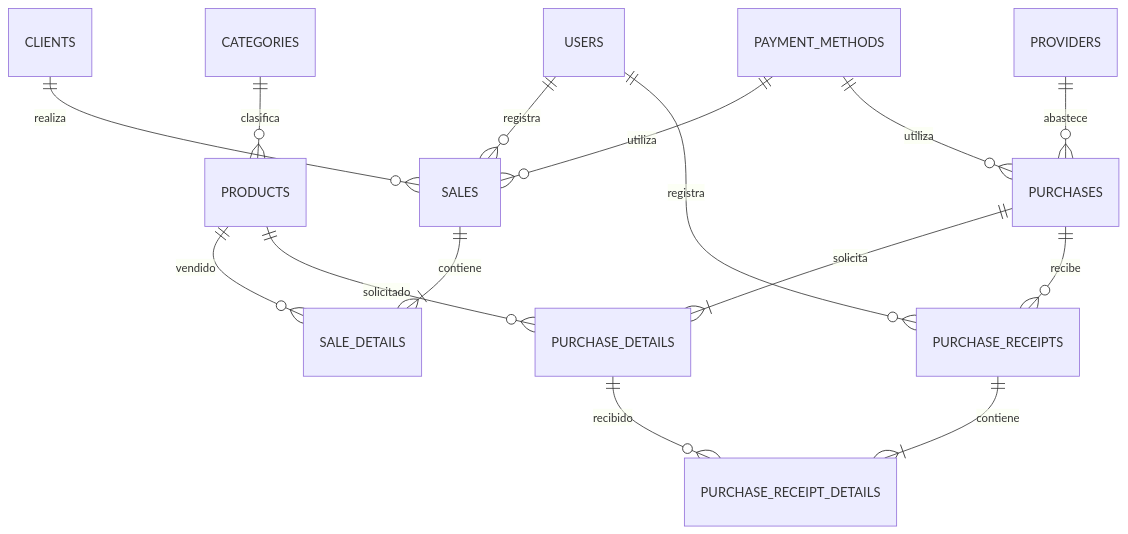
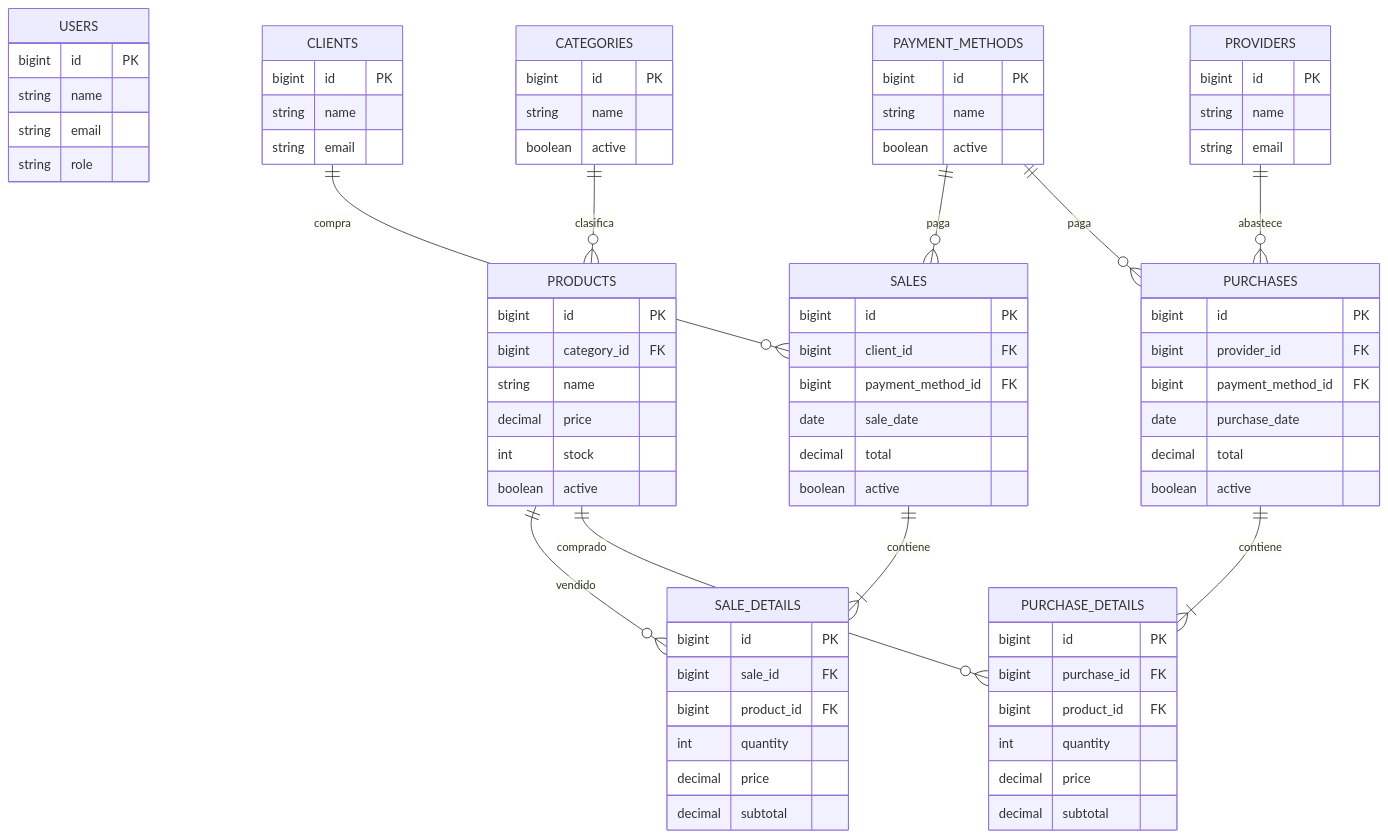
One commit to monialeja1011/Software-de-Gestion-Empresarial-2026 changed the second of 2 diagrams in README.md. Above: the diagram before and after it, drawn with Mermaid. The commit also changed other lines of this file, not shown here.

````diff
--- a/README.md
+++ b/README.md
@@ -253,19 +303,78 @@
 ```mermaid
 erDiagram
+    USERS {
+        bigint id PK
+        string name
+        string email
+        string role
+    }
+    CATEGORIES {
+        bigint id PK
+        string name
+        boolean active
+    }
+    PRODUCTS {
+        bigint id PK
+        bigint category_id FK
+        string name
+        decimal price
+        int stock
+        boolean active
+    }
+    CLIENTS {
+        bigint id PK
+        string name
+        string email
+    }
+    PROVIDERS {
+        bigint id PK
+        string name
+        string email
+    }
+    PAYMENT_METHODS {
+        bigint id PK
+        string name
+        boolean active
+    }
+    SALES {
+        bigint id PK
+        bigint client_id FK
+        bigint payment_method_id FK
+        date sale_date
+        decimal total
+        boolean active
+    }
+    SALE_DETAILS {
+        bigint id PK
+        bigint sale_id FK
+        bigint product_id FK
+        int quantity
+        decimal price
+        decimal subtotal
+    }
+    PURCHASES {
+        bigint id PK
+        bigint provider_id FK
+        bigint payment_method_id FK
+        date purchase_date
+        decimal total
+        boolean active
+    }
+    PURCHASE_DETAILS {
+        bigint id PK
+        bigint purchase_id FK
+        bigint product_id FK
+        int quantity
+        decimal price
+        decimal subtotal
+    }
     CATEGORIES ||--o{ PRODUCTS : clasifica
-    CLIENTS ||--o{ SALES : realiza
-    USERS ||--o{ SALES : registra
-    PAYMENT_METHODS ||--o{ SALES : utiliza
+    CLIENTS ||--o{ SALES : compra
+    PAYMENT_METHODS ||--o{ SALES : paga
     SALES ||--|{ SALE_DETAILS : contiene
     PRODUCTS ||--o{ SALE_DETAILS : vendido
-
     PROVIDERS ||--o{ PURCHASES : abastece
-    PAYMENT_METHODS ||--o{ PURCHASES : utiliza
-    PURCHASES ||--|{ PURCHASE_DETAILS : solicita
-    PRODUCTS ||--o{ PURCHASE_DETAILS : solicitado
-
-    PURCHASES ||--o{ PURCHASE_RECEIPTS : recibe
-    USERS ||--o{ PURCHASE_RECEIPTS : registra
-    PURCHASE_RECEIPTS ||--|{ PURCHASE_RECEIPT_DETAILS : contiene
-    PURCHASE_DETAILS ||--o{ PURCHASE_RECEIPT_DETAILS : recibido
+    PAYMENT_METHODS ||--o{ PURCHASES : paga
+    PURCHASES ||--|{ PURCHASE_DETAILS : contiene
+    PRODUCTS ||--o{ PURCHASE_DETAILS : comprado
 ```
````
